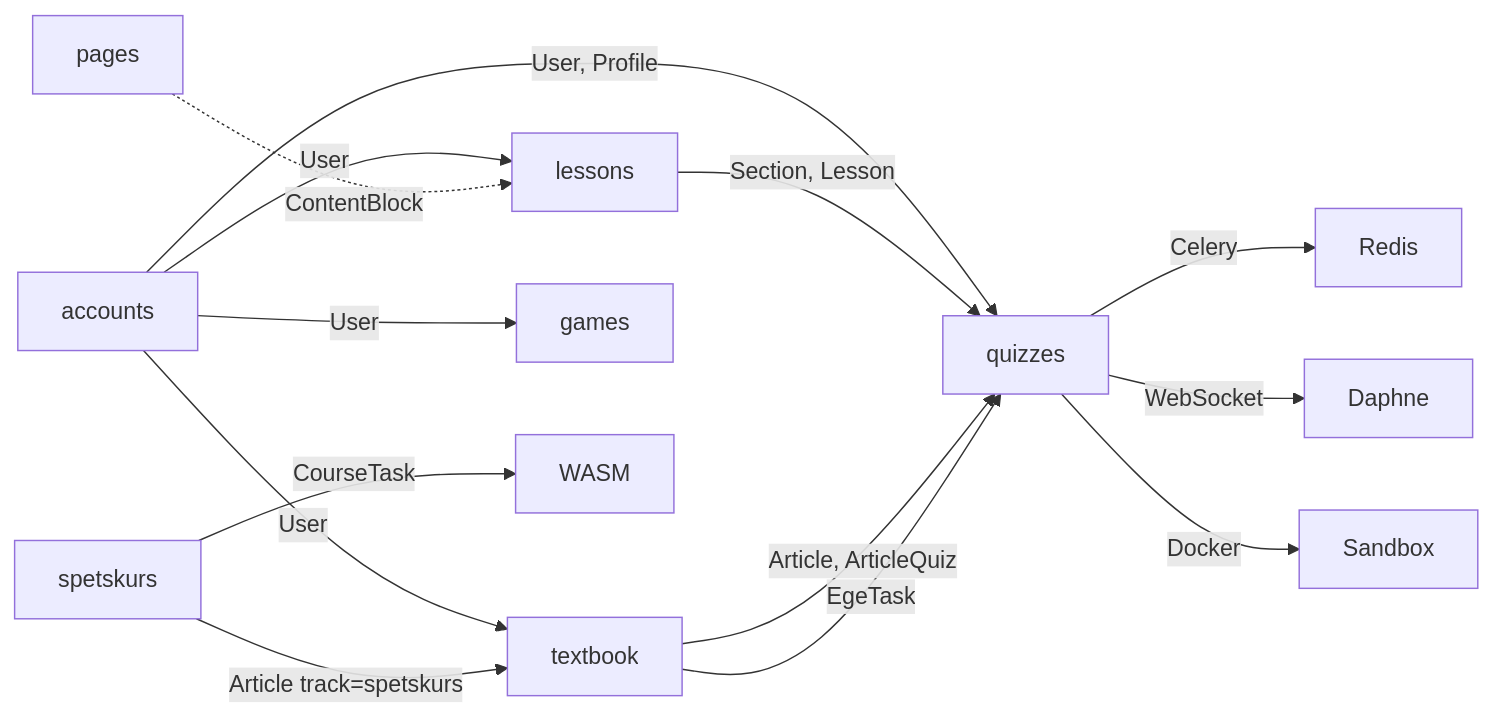
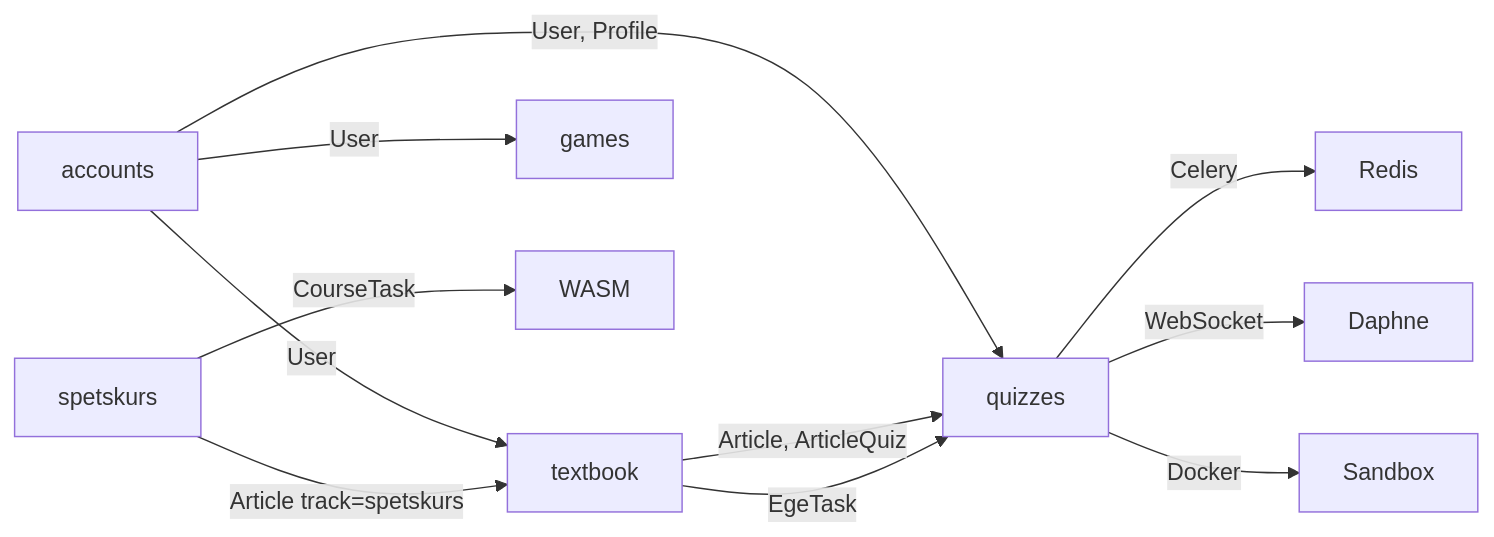
Before and after one commit to Kirill2517nv/SiteAboutMe: the diagram in docs/index.md, drawn with Mermaid. The commit also changed other lines of this file and 79 other files, not shown here.

````diff
--- a/docs/index.md
+++ b/docs/index.md
@@ -22,16 +22,13 @@
 ```mermaid
 graph LR
     A[accounts] -->|User, Profile| Q[quizzes]
-    A -->|User| L[lessons]
     A -->|User| T[textbook]
     A -->|User| G[games]
-    P[pages] -.->|ContentBlock| L
-    L -->|Section, Lesson| Q
     T -->|Article, ArticleQuiz| Q
     Q -->|Celery| R[Redis]
     Q -->|WebSocket| D[Daphne]
     Q -->|Docker| S[Sandbox]
     SP[spetskurs] -->|CourseTask| W[WASM]
     SP -->|Article track=spetskurs| T
     T -->|EgeTask| Q
 ```
````
